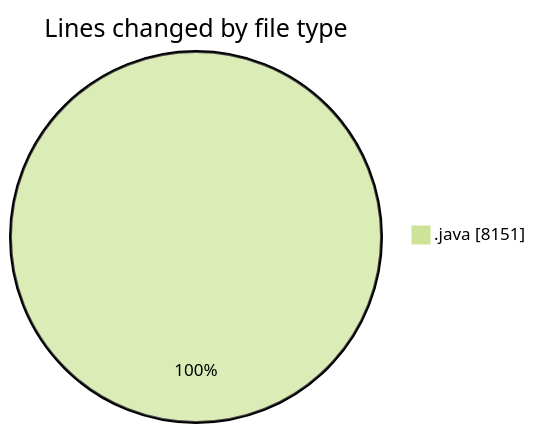
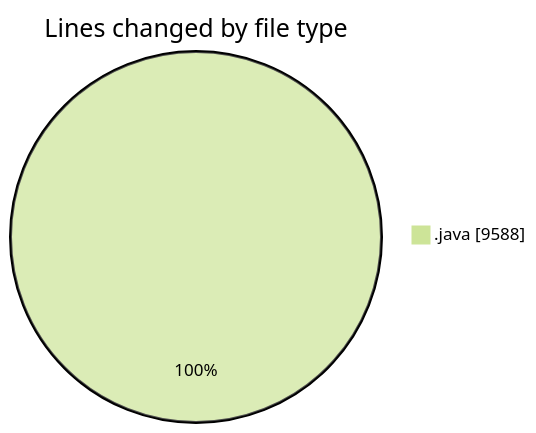
Before and after one commit to ricardozamudiocil/code-tracking: the first of 2 diagrams in 2026-03-04/cilapp/README.md, drawn with Mermaid (forest theme). The commit also changed other lines of this file and 1 other file, not shown here.

````diff
--- a/2026-03-04/cilapp/README.md
+++ b/2026-03-04/cilapp/README.md
@@ -25,5 +25,5 @@
 ```mermaid
 pie showData
 title Lines changed by file type
-".java" : 8151
+".java" : 9588
 ```
````
